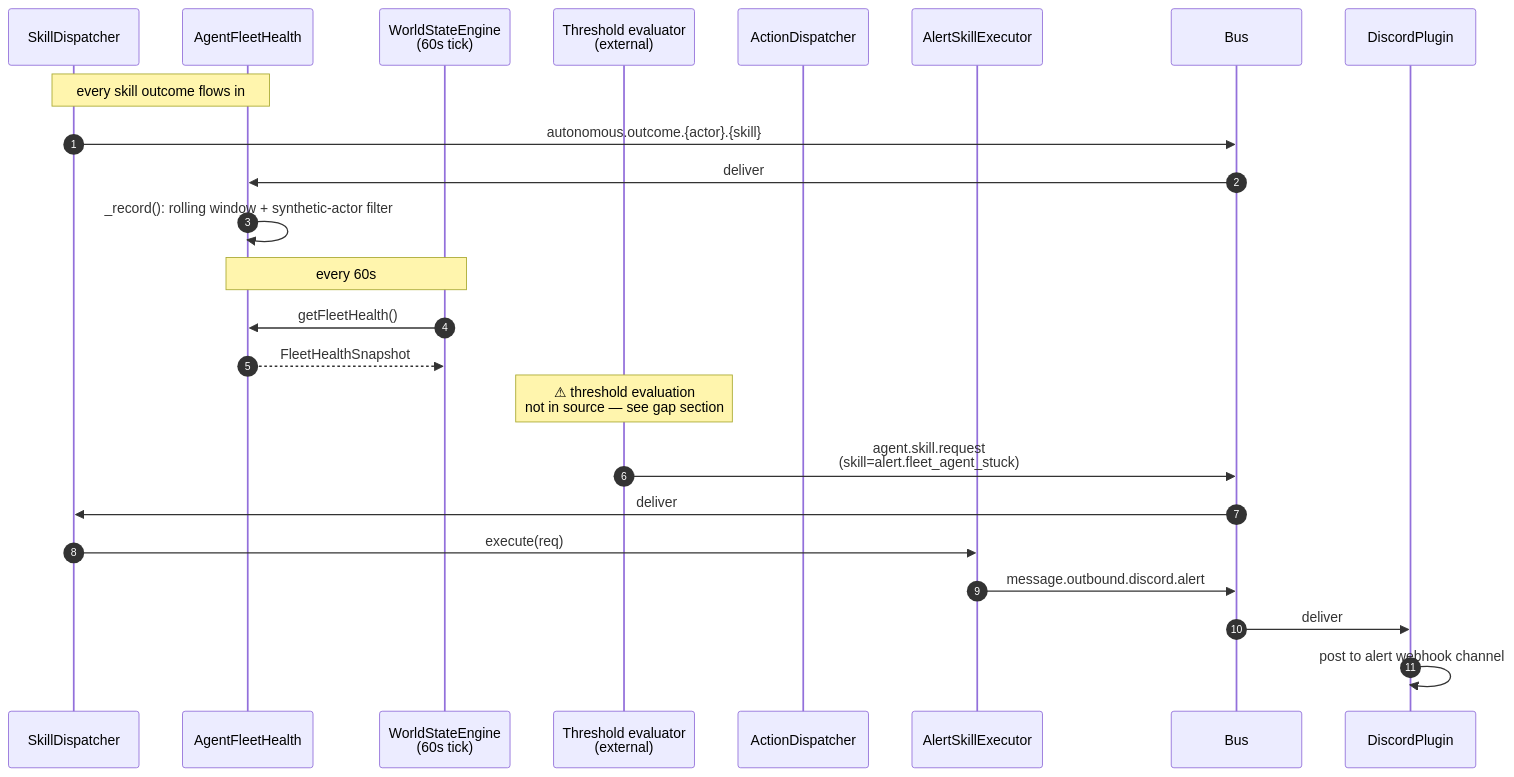
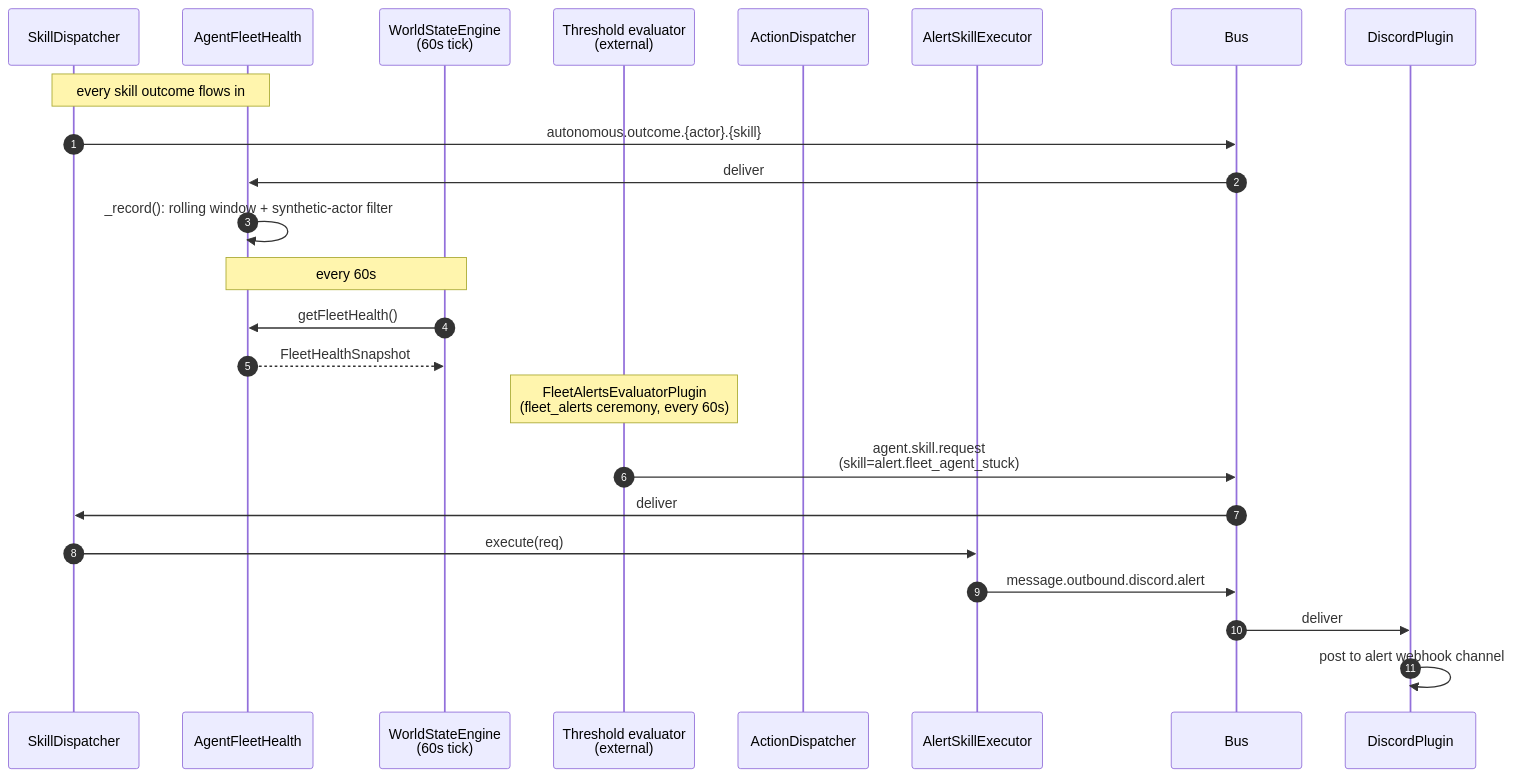
Before and after one commit to protoLabsAI/protoWorkstacean: the first of 2 diagrams in docs/architecture/flow-alert-remediator.md, drawn with Mermaid. The commit also changed other lines of this file and 4 other files, not shown here.

````diff
--- a/docs/architecture/flow-alert-remediator.md
+++ b/docs/architecture/flow-alert-remediator.md
@@ -77,29 +77,29 @@
 ```mermaid
 sequenceDiagram
     autonumber
     participant SD as SkillDispatcher
     participant FH as AgentFleetHealth
     participant WSE as WorldStateEngine<br/>(60s tick)
     participant TE as Threshold evaluator<br/>(external)
     participant AD as ActionDispatcher
     participant AE as AlertSkillExecutor
     participant Bus as Bus
     participant DP as DiscordPlugin
 
     Note over SD,FH: every skill outcome flows in
     SD->>Bus: autonomous.outcome.{actor}.{skill}
     Bus->>FH: deliver
     FH->>FH: _record(): rolling window + synthetic-actor filter
 
     Note over WSE,FH: every 60s
     WSE->>FH: getFleetHealth()
     FH-->>WSE: FleetHealthSnapshot
 
-    Note over TE: ⚠ threshold evaluation<br/>not in source — see gap section
+    Note over TE: FleetAlertsEvaluatorPlugin<br/>(fleet_alerts ceremony, every 60s)
     TE->>Bus: agent.skill.request<br/>(skill=alert.fleet_agent_stuck)
     Bus->>SD: deliver
     SD->>AE: execute(req)
     AE->>Bus: message.outbound.discord.alert
     Bus->>DP: deliver
     DP->>DP: post to alert webhook channel
 ```
````
